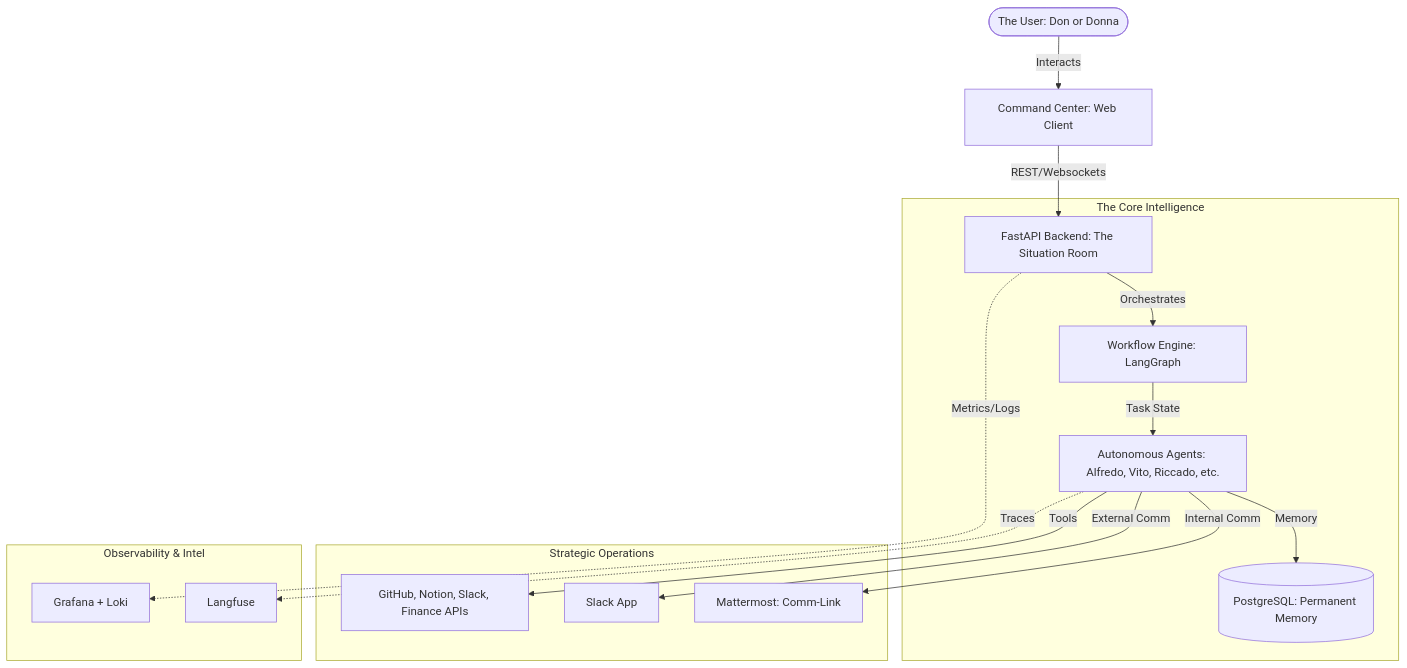
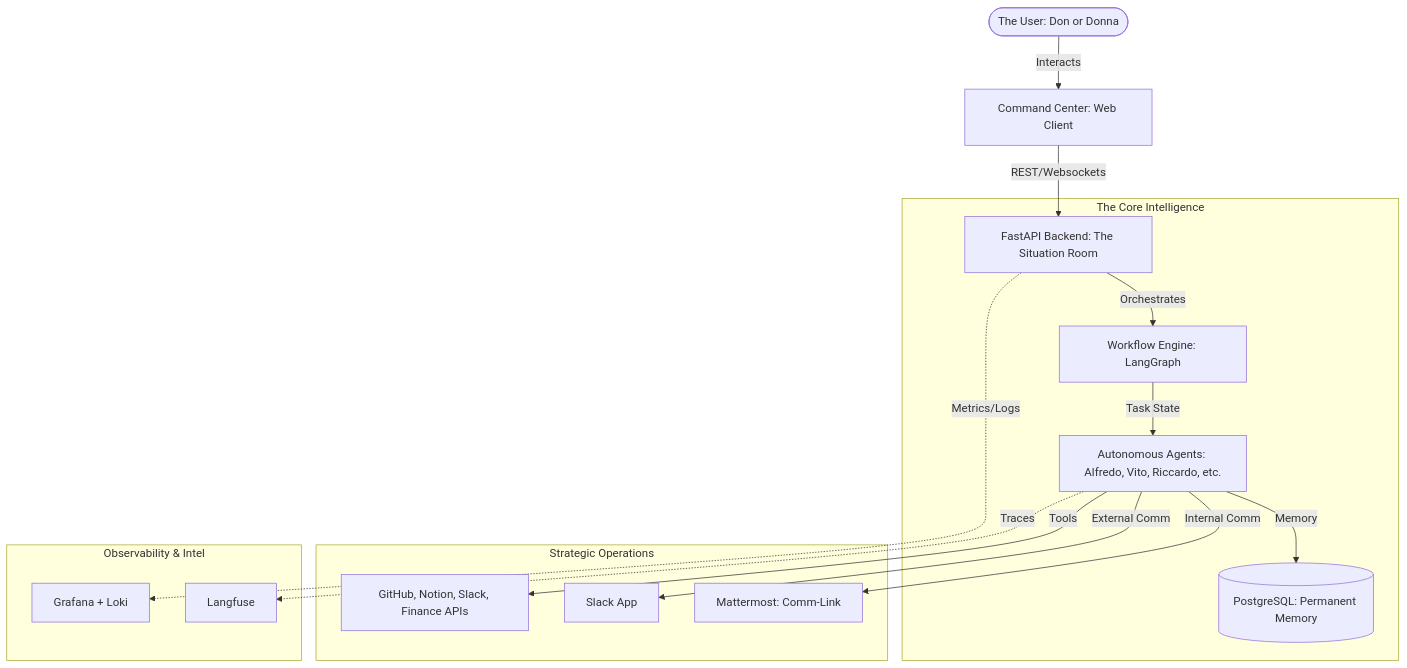
One commit to AI-Passione/famiglia-core changed the diagram in README.md. Above: the diagram before and after it, drawn with Mermaid. The commit also changed 6 other files, not shown here.

Commit message:
refactor: rename agent Riccado to Riccardo across documentation, configuration, and source code, and add import consistency tests.

````diff
--- a/README.md
+++ b/README.md
@@ -62,22 +62,22 @@
 ```mermaid
 graph TD
     User([The User: Don or Donna]) -->|Interacts| Dashboard[Command Center: Web Client]
     Dashboard -->|REST/Websockets| Backend[FastAPI Backend: The Situation Room]
     
     subgraph Core ["The Core Intelligence"]
         Backend -->|Orchestrates| Workflow[Workflow Engine: LangGraph]
-        Workflow -->|Task State| Agents[Autonomous Agents: Alfredo, Vito, Riccado, etc.]
+        Workflow -->|Task State| Agents[Autonomous Agents: Alfredo, Vito, Riccardo, etc.]
         Agents -->|Memory| DB[(PostgreSQL: Permanent Memory)]
     end
     
     subgraph Ops ["Strategic Operations"]
         Agents -->|Tools| External[GitHub, Notion, Slack, Finance APIs]
         Agents -->|External Comm| Slack[Slack App]
         Agents -->|Internal Comm| Mattermost[Mattermost: Comm-Link]
     end
     
     subgraph Obs ["Observability & Intel"]
         Backend -.->|Metrics/Logs| Grafana[Grafana + Loki]
         Agents -.->|Traces| Langfuse[Langfuse]
     end
 ```
````
